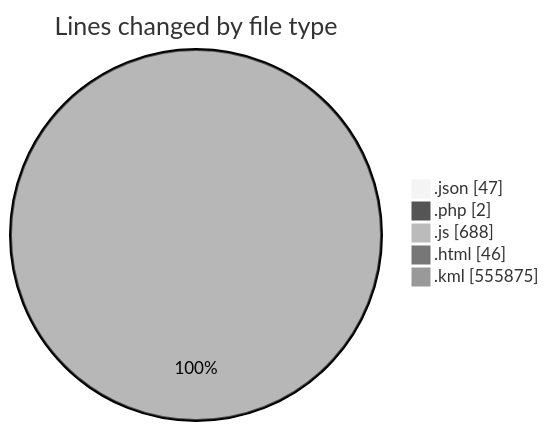
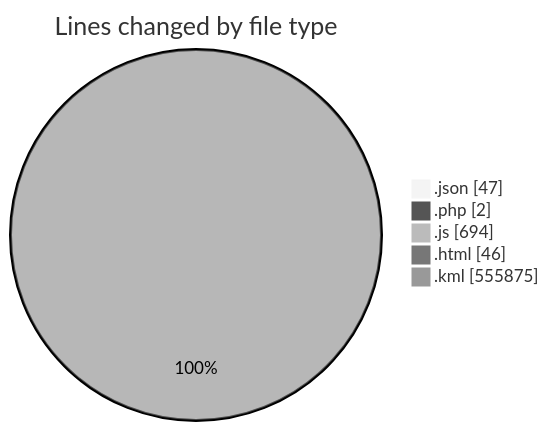
One commit to LanceThiago/code-tracking changed the first of 2 diagrams in 2025-03-27/kml/README.md. Above: the diagram before and after it, drawn with Mermaid (neutral theme). The commit also changed other lines of this file and 1 other file, not shown here.

````diff
--- a/2025-03-27/kml/README.md
+++ b/2025-03-27/kml/README.md
@@ -28,9 +28,9 @@
 ```mermaid
 pie showData
 title Lines changed by file type
 ".json" : 47
 ".php" : 2
-".js" : 688
+".js" : 694
 ".html" : 46
 ".kml" : 555875
 ```
````
